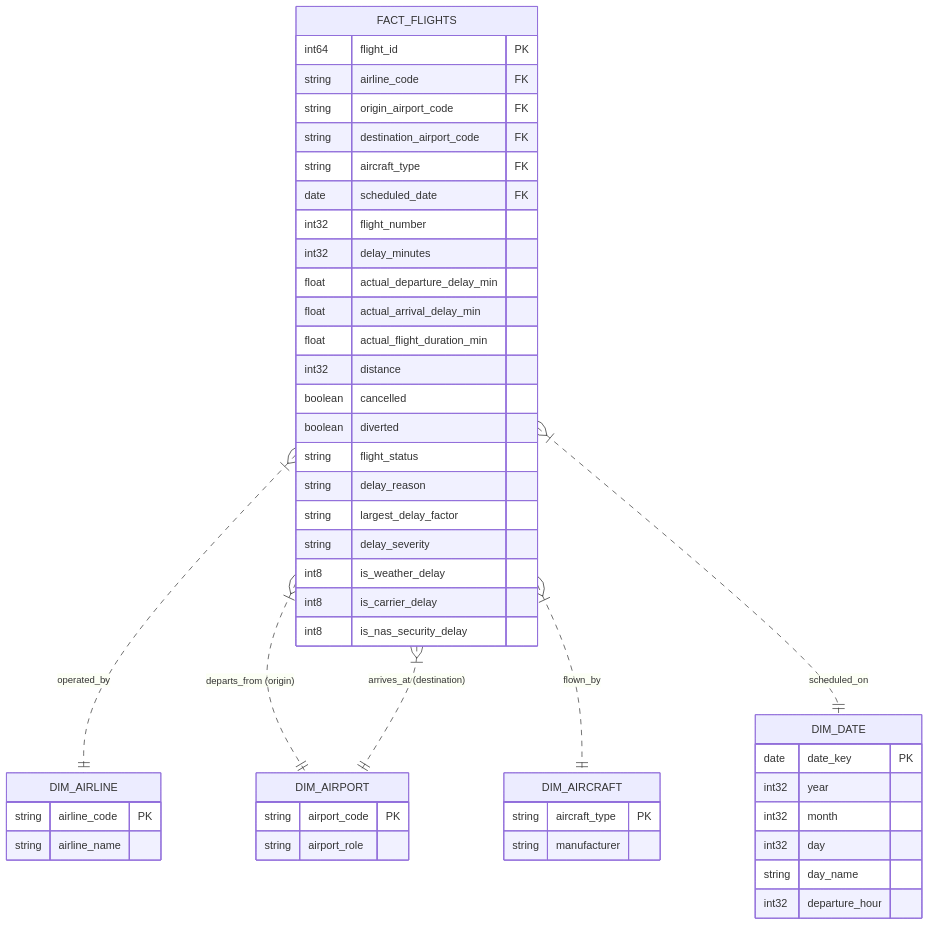
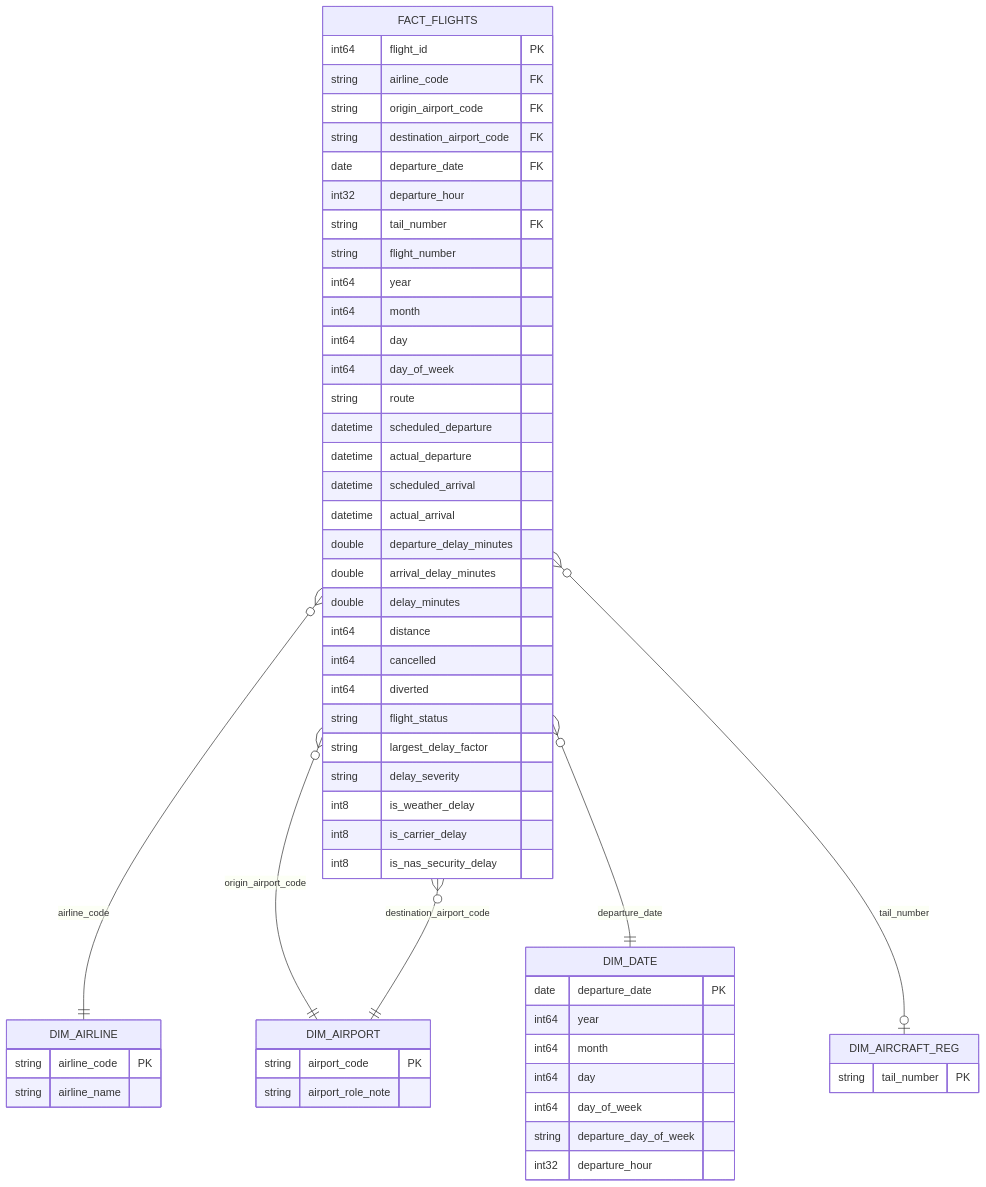
One commit to R123-RB/Flight-Delay-Lakehouse changed the diagram in docs/data_model.md. Above: the diagram before and after it, drawn with Mermaid. The commit also changed other lines of this file and 50 other files, not shown here.

````diff
--- a/docs/data_model.md
+++ b/docs/data_model.md
@@ -6,56 +38,64 @@
 ```mermaid
 erDiagram
-    FACT_FLIGHTS }|..|| DIM_AIRLINE : "operated_by"
-    FACT_FLIGHTS }|..|| DIM_AIRPORT : "departs_from (origin)"
-    FACT_FLIGHTS }|..|| DIM_AIRPORT : "arrives_at (destination)"
-    FACT_FLIGHTS }|..|| DIM_AIRCRAFT : "flown_by"
-    FACT_FLIGHTS }|..|| DIM_DATE : "scheduled_on"
+    FACT_FLIGHTS }o--|| DIM_AIRLINE : "airline_code"
+    FACT_FLIGHTS }o--|| DIM_AIRPORT : "origin_airport_code"
+    FACT_FLIGHTS }o--|| DIM_AIRPORT : "destination_airport_code"
+    FACT_FLIGHTS }o--|| DIM_DATE : "departure_date"
+    FACT_FLIGHTS }o--o| DIM_AIRCRAFT_REG : "tail_number"
 
     FACT_FLIGHTS {
         int64 flight_id PK
         string airline_code FK
         string origin_airport_code FK
         string destination_airport_code FK
-        string aircraft_type FK
-        date scheduled_date FK
-        int32 flight_number
-        int32 delay_minutes
-        float actual_departure_delay_min
-        float actual_arrival_delay_min
-        float actual_flight_duration_min
-        int32 distance
-        boolean cancelled
-        boolean diverted
+        date departure_date FK
+        int32 departure_hour
+        string tail_number FK
+        string flight_number
+        int64 year
+        int64 month
+        int64 day
+        int64 day_of_week
+        string route
+        datetime scheduled_departure
+        datetime actual_departure
+        datetime scheduled_arrival
+        datetime actual_arrival
+        double departure_delay_minutes
+        double arrival_delay_minutes
+        double delay_minutes
+        int64 distance
+        int64 cancelled
+        int64 diverted
         string flight_status
-        string delay_reason
         string largest_delay_factor
         string delay_severity
         int8 is_weather_delay
         int8 is_carrier_delay
         int8 is_nas_security_delay
     }
 
     DIM_AIRLINE {
         string airline_code PK
         string airline_name
     }
 
     DIM_AIRPORT {
         string airport_code PK
-        string airport_role
-    }
-
-    DIM_AIRCRAFT {
-        string aircraft_type PK
-        string manufacturer
+        string airport_role_note
     }
 
     DIM_DATE {
-        date date_key PK
-        int32 year
-        int32 month
-        int32 day
-        string day_name
+        date departure_date PK
+        int64 year
+        int64 month
+        int64 day
+        int64 day_of_week
+        string departure_day_of_week
         int32 departure_hour
     }
+
+    DIM_AIRCRAFT_REG {
+        string tail_number PK
+    }
 ```
````
